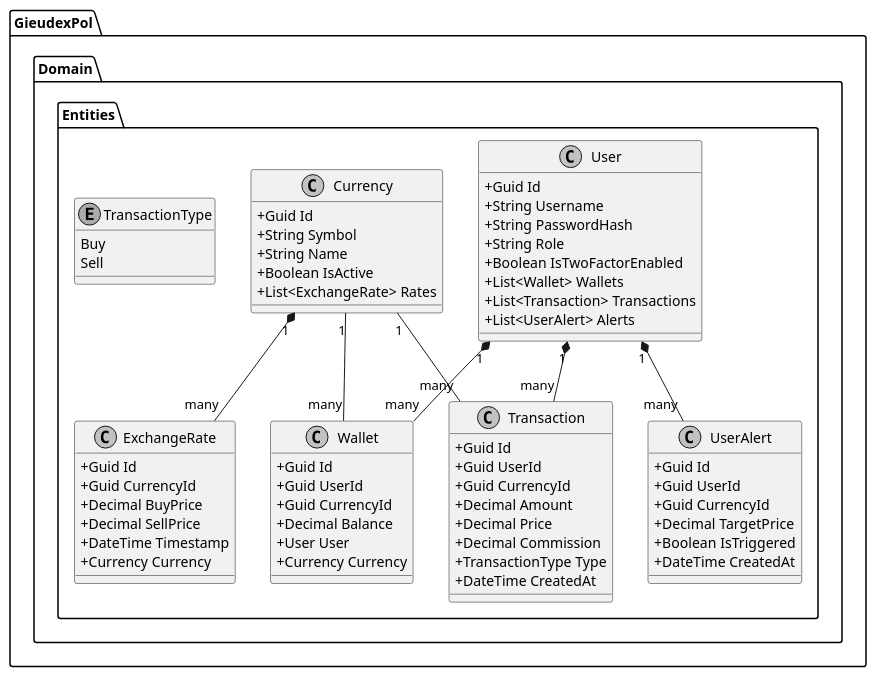
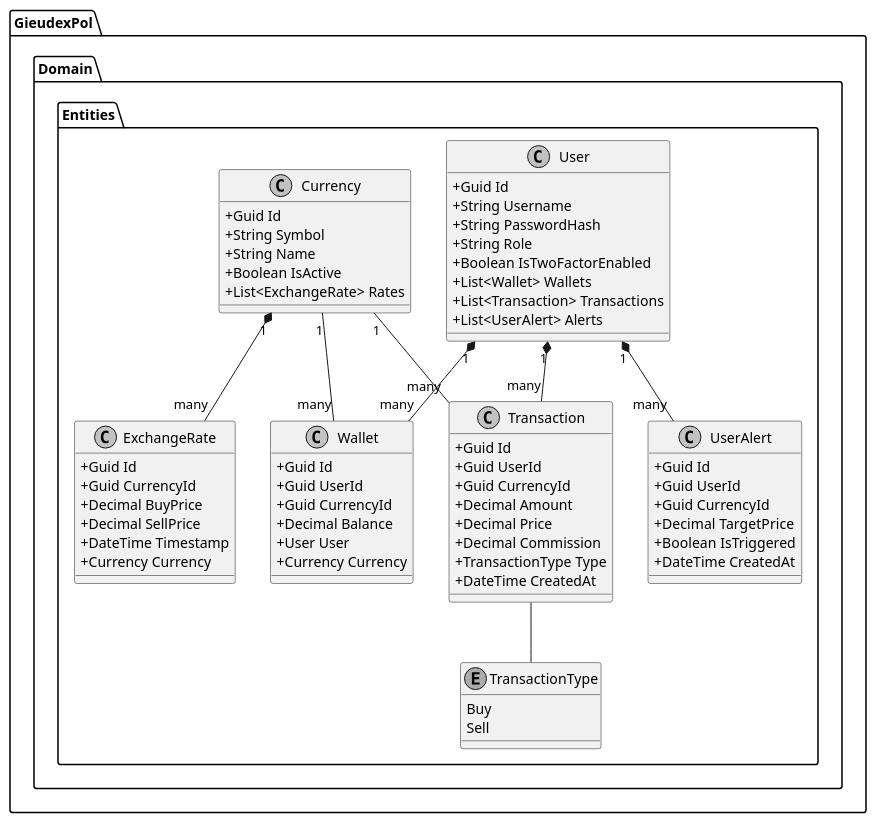
Before and after one commit to kacluc/GieudexPol: the diagram in UML/UML.puml, drawn with PlantUML.

Commit message:
Mała poprawka
Mała poprawka do diagramu klas

```diff
--- a/UML/UML.puml
+++ b/UML/UML.puml
@@ -1,78 +1,79 @@
 @startuml
 skinparam classAttributeIconSize 0
 skinparam monochrome true
 skinparam shadowing false
 
 package "GieudexPol.Domain.Entities" {
 
     class User {
         + Guid Id
         + String Username
         + String PasswordHash
         + String Role
         + Boolean IsTwoFactorEnabled
         + List<Wallet> Wallets
         + List<Transaction> Transactions
         + List<UserAlert> Alerts
     }
 
     class Wallet {
         + Guid Id
         + Guid UserId
         + Guid CurrencyId
         + Decimal Balance
         + User User
         + Currency Currency
     }
 
     class Currency {
         + Guid Id
         + String Symbol
         + String Name
         + Boolean IsActive
         + List<ExchangeRate> Rates
     }
 
     class ExchangeRate {
         + Guid Id
         + Guid CurrencyId
         + Decimal BuyPrice
         + Decimal SellPrice
         + DateTime Timestamp
         + Currency Currency
     }
 
     class Transaction {
         + Guid Id
         + Guid UserId
         + Guid CurrencyId
         + Decimal Amount
         + Decimal Price
         + Decimal Commission
         + TransactionType Type
         + DateTime CreatedAt
     }
 
     class UserAlert {
         + Guid Id
         + Guid UserId
         + Guid CurrencyId
         + Decimal TargetPrice
         + Boolean IsTriggered
         + DateTime CreatedAt
     }
 
     enum TransactionType {
         Buy
         Sell
     }
 
     User "1" *-- "many" Wallet
     User "1" *-- "many" Transaction
     User "1" *-- "many" UserAlert
     Currency "1" *-- "many" ExchangeRate
     Currency "1" -- "many" Wallet
     Currency "1" -- "many" Transaction
+    Transaction -- TransactionType
 }
 
 @enduml
```
